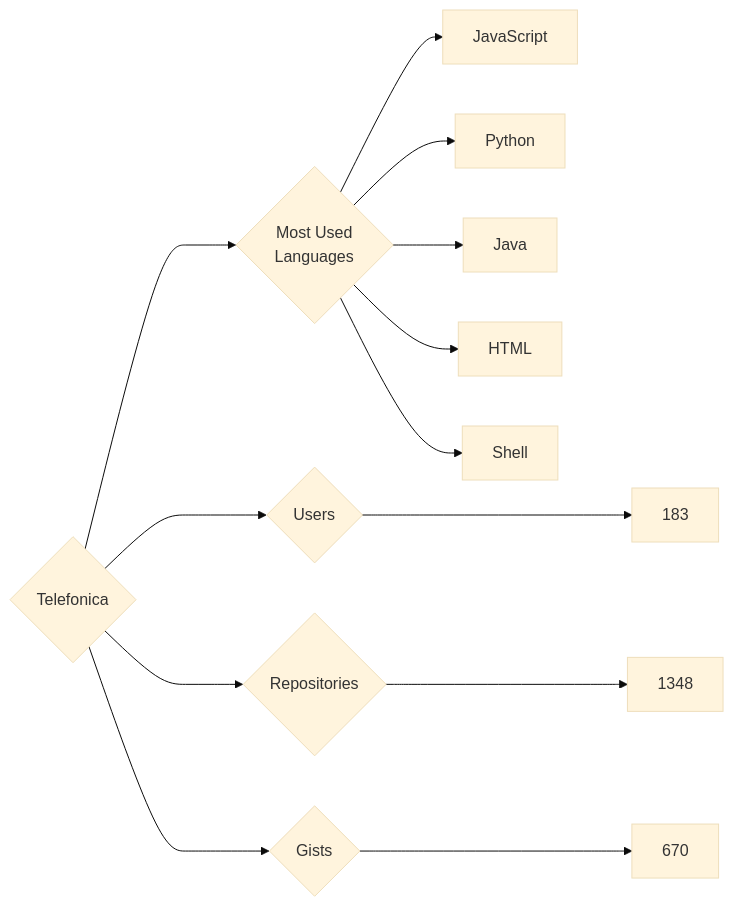
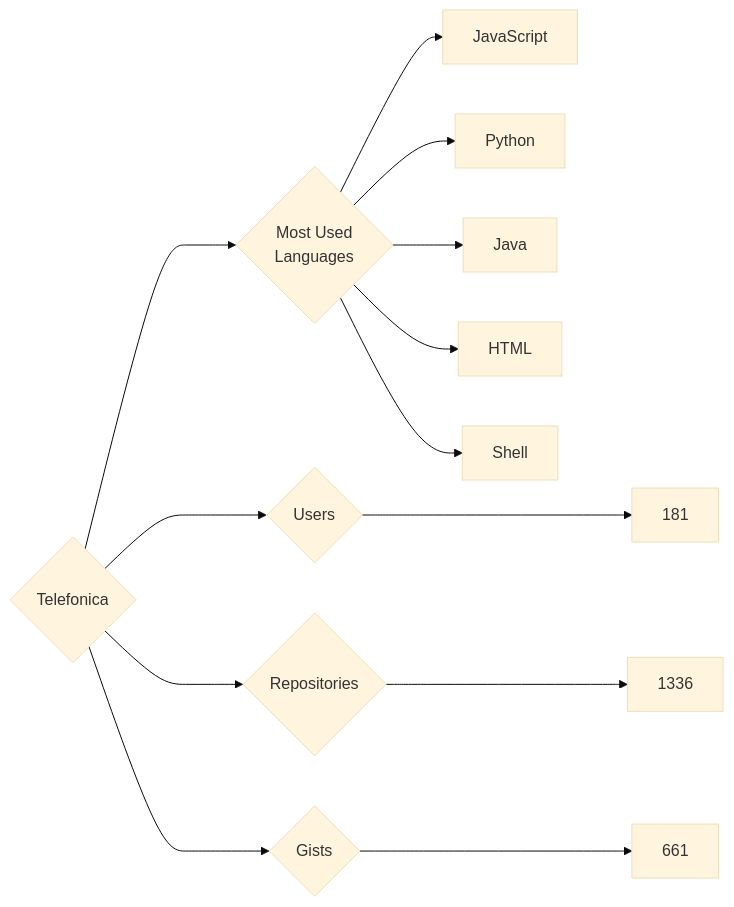
The diagram in targets/Telefonica/README.md (trickest/insiders), drawn with Mermaid (base theme) before and after one commit. The commit also changed 886 other files, not shown here.

````diff
--- a/targets/Telefonica/README.md
+++ b/targets/Telefonica/README.md
@@ -3,13 +3,13 @@
 ```mermaid
 graph LR
 COMPANY_NAME{Telefonica}
-COMPANY_NAME ---> U{Users} ---> UN[183]
-COMPANY_NAME ---> R{Repositories} ---> RN[1348]
-COMPANY_NAME ---> G{Gists} ---> GN[670]
+COMPANY_NAME ---> U{Users} ---> UN[181]
+COMPANY_NAME ---> R{Repositories} ---> RN[1336]
+COMPANY_NAME ---> G{Gists} ---> GN[661]
 COMPANY_NAME ---> ML{Most Used<br>Languages}
 ML --> JavaScript[JavaScript]
 ML --> Python[Python]
 ML --> Java[Java]
 ML --> HTML[HTML]
 ML --> Shell[Shell]
 ```
````
